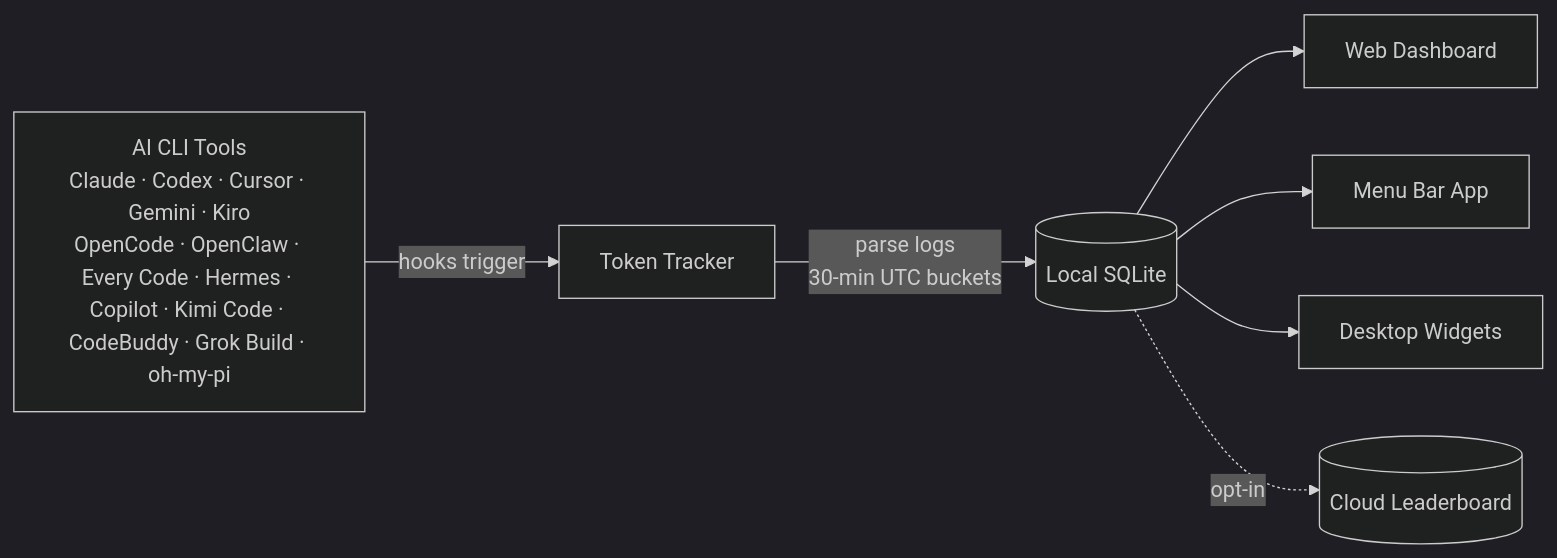
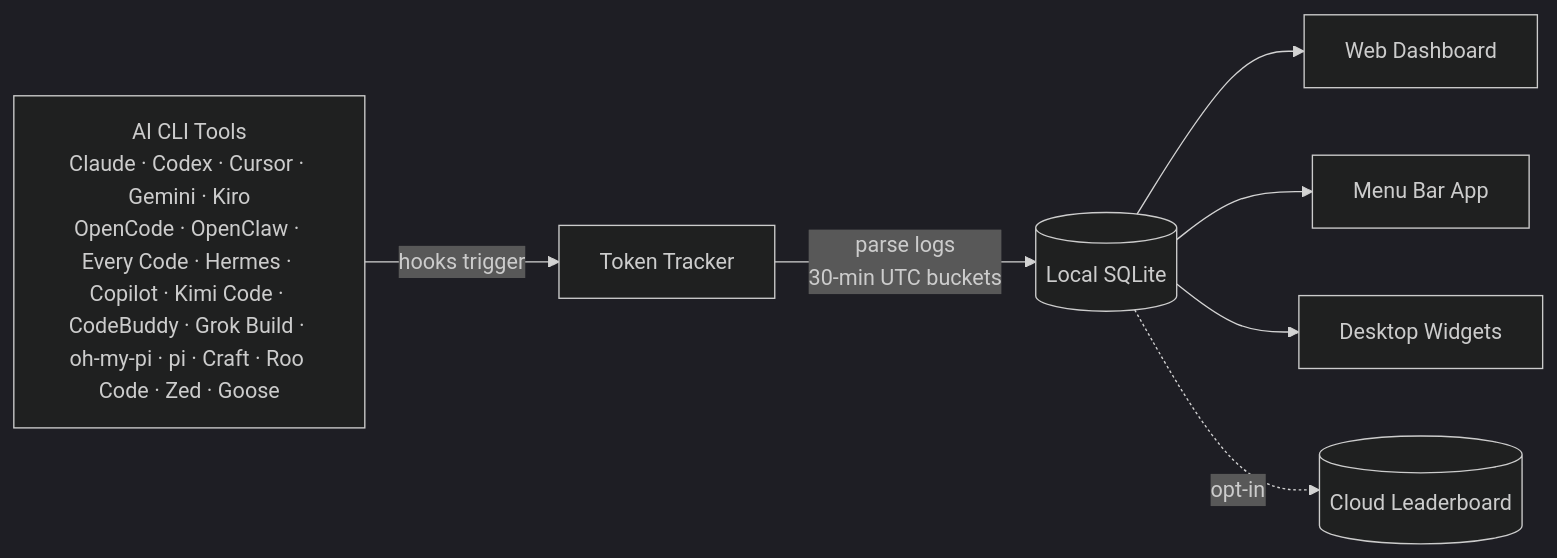
The diagram in README.md (ZainCheung/TokenTracker), drawn with Mermaid (dark theme) before and after one commit. The commit also changed other lines of this file and 46 other files, not shown here.

````diff
--- a/README.md
+++ b/README.md
@@ -194,10 +202,10 @@
 ```mermaid
 flowchart LR
-    A["AI CLI Tools<br/>Claude · Codex · Cursor · Gemini · Kiro<br/>OpenCode · OpenClaw · Every Code · Hermes · Copilot · Kimi Code · CodeBuddy · Grok Build · oh-my-pi"]
+    A["AI CLI Tools<br/>Claude · Codex · Cursor · Gemini · Kiro<br/>OpenCode · OpenClaw · Every Code · Hermes · Copilot · Kimi Code · CodeBuddy · Grok Build · oh-my-pi · pi · Craft · Roo Code · Zed · Goose"]
     A -->|hooks trigger| B[Token Tracker]
     B -->|parse logs<br/>30-min UTC buckets| C[(Local SQLite)]
     C --> D[Web Dashboard]
     C --> E[Menu Bar App]
     C --> F[Desktop Widgets]
     C -.->|opt-in| G[(Cloud Leaderboard)]
 ```
````
